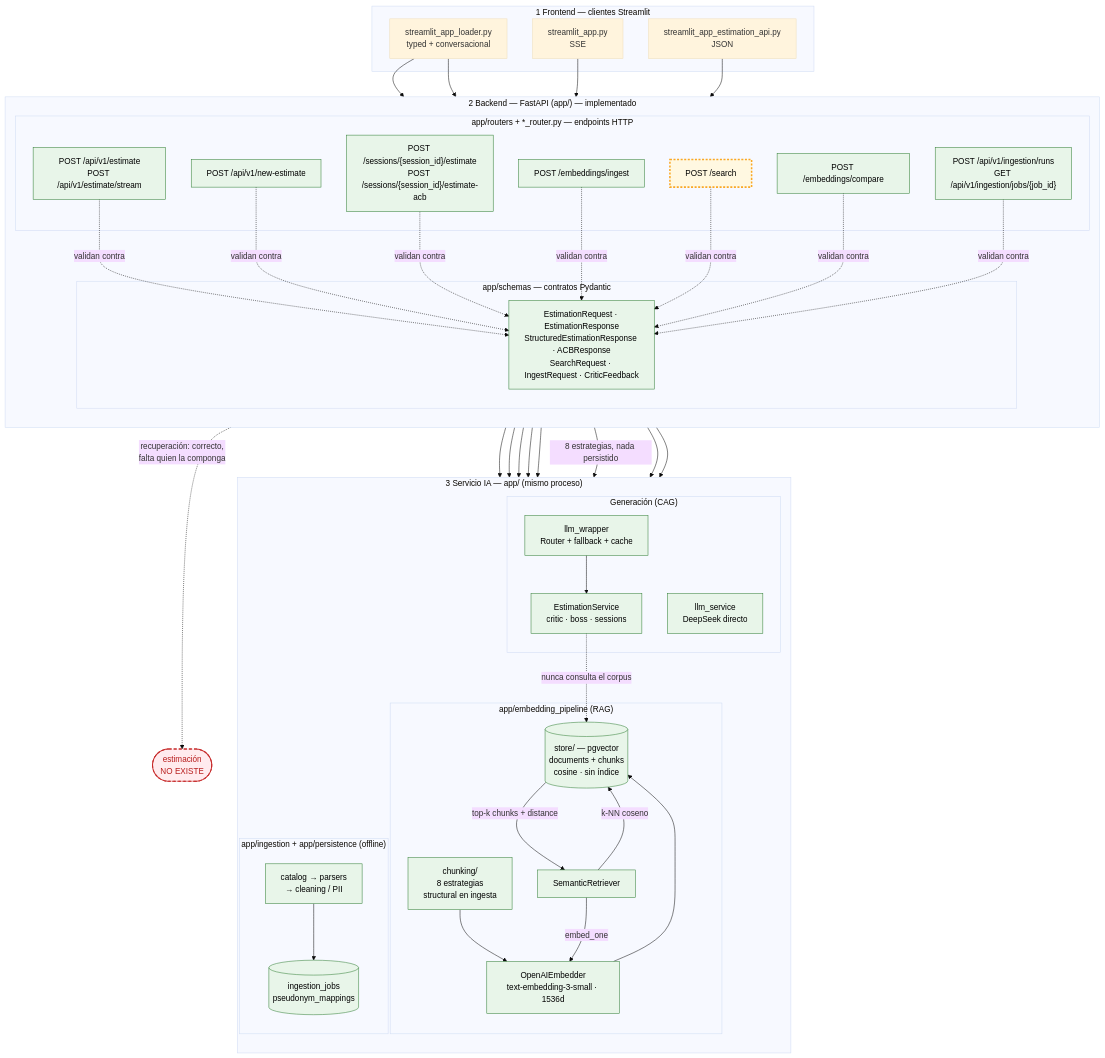
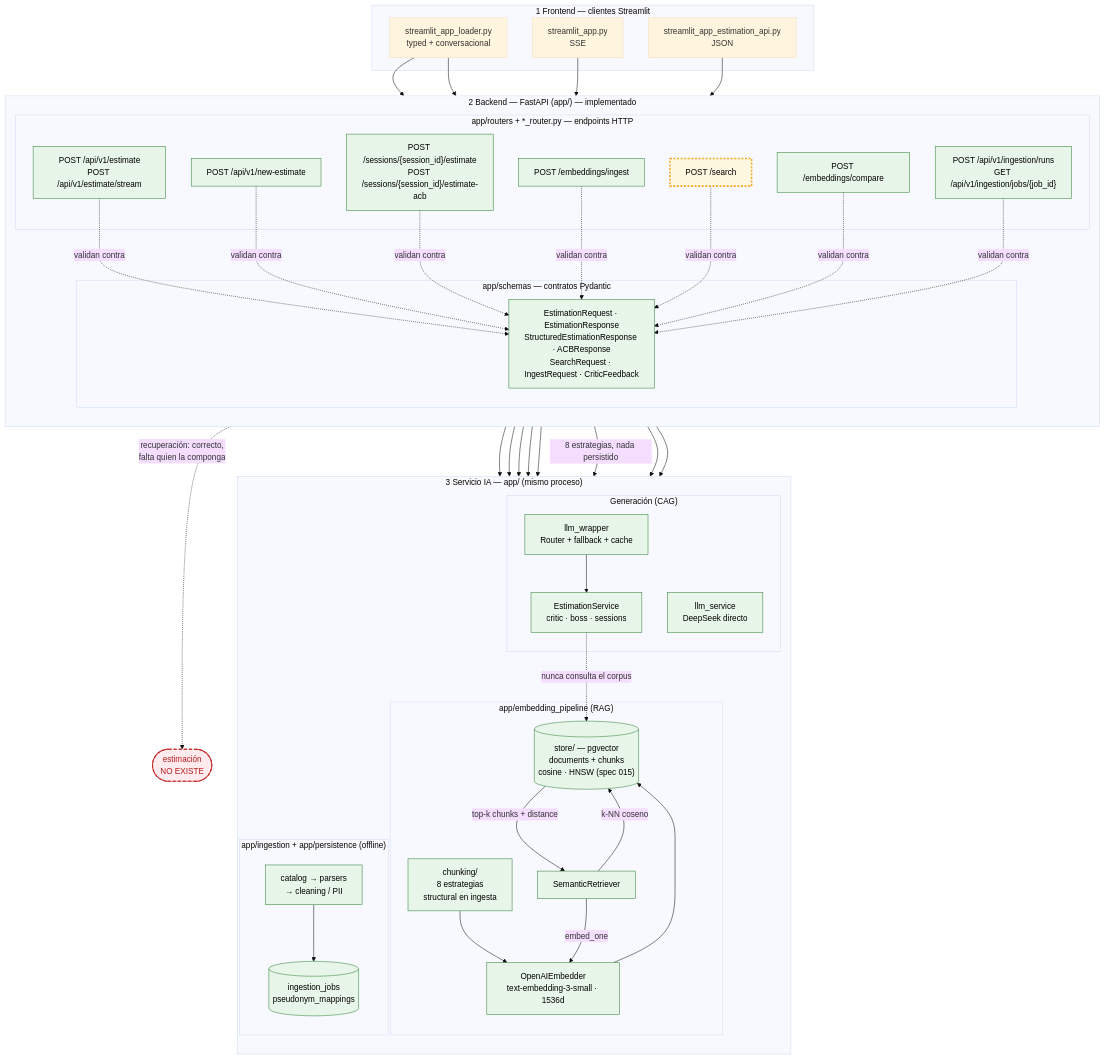
The first of 2 diagrams in arquitectura-actual.md (RoyFlo360/master_ai_engineering_lidr), drawn with Mermaid (base theme) before and after one commit. The commit also changed other lines of this file, not shown here.

````diff
--- a/arquitectura-actual.md
+++ b/arquitectura-actual.md
@@ -41,78 +52,78 @@
 ```mermaid
 flowchart TB
     subgraph T1["1 Frontend — clientes Streamlit"]
         L["streamlit_app_loader.py<br/>typed + conversacional"]
         S["streamlit_app.py<br/>SSE"]
         E["streamlit_app_estimation_api.py<br/>JSON"]
     end
 
     subgraph T2["2 Backend — FastAPI (app/) — implementado"]
         direction TB
 
         subgraph ROUTES["app/routers + *_router.py — endpoints HTTP"]
             R1["POST /api/v1/estimate<br/>POST /api/v1/estimate/stream"]
             R2["POST /api/v1/new-estimate"]
             R3["POST /sessions/{session_id}/estimate<br/>POST /sessions/{session_id}/estimate-acb"]
             R4["POST /embeddings/ingest"]
             R5["POST /search"]
             R6["POST /embeddings/compare"]
             R7["POST /api/v1/ingestion/runs<br/>GET /api/v1/ingestion/jobs/{job_id}"]
         end
 
         subgraph SCHEMAS["app/schemas — contratos Pydantic"]
             SCH["EstimationRequest · EstimationResponse<br/>StructuredEstimationResponse · ACBResponse<br/>SearchRequest · IngestRequest · CriticFeedback"]
         end
 
         R1 & R2 & R3 & R4 & R5 & R6 & R7 -.->|"validan contra"| SCH
     end
 
     subgraph T3["3 Servicio IA — app/ (mismo proceso)"]
         direction TB
 
         subgraph GEN["Generación (CAG)"]
             LS["llm_service<br/>DeepSeek directo"]
             LW["llm_wrapper<br/>Router + fallback + cache"]
             ES["EstimationService<br/>critic · boss · sessions"]
         end
 
         subgraph RAG["app/embedding_pipeline (RAG)"]
             CH["chunking/<br/>8 estrategias<br/>structural en ingesta"]
             EM["OpenAIEmbedder<br/>text-embedding-3-small · 1536d"]
-            ST[("store/ — pgvector<br/>documents + chunks<br/>cosine · sin índice")]
+            ST[("store/ — pgvector<br/>documents + chunks<br/>cosine · HNSW (spec 015)")]
             RT["SemanticRetriever"]
         end
 
         subgraph ING["app/ingestion + app/persistence (offline)"]
             CAT["catalog → parsers<br/>→ cleaning / PII"]
             DB[("ingestion_jobs<br/>pseudonym_mappings")]
         end
     end
 
     L --> R2
     L --> R3
     S --> R1
     E --> R1
 
     R1 --> LS
     R1 --> LW
     R2 --> LW --> ES
     R3 --> ES
     R4 --> CH --> EM --> ST
     R6 -->|"8 estrategias, nada persistido"| CH
     R5 --> RT
     RT -->|embed_one| EM
     RT -->|"k-NN coseno"| ST
     ST -->|"top-k chunks + distance"| RT
     R7 --> CAT --> DB
 
     R5 -. "recuperación: correcto,<br/>falta quien la componga" .-> X(["estimación<br/>NO EXISTE"])
     ES -. "nunca consulta el corpus" .-> ST
 
     classDef done fill:#e8f5e9,stroke:#2e7d32,stroke-width:1px,color:#000000;
     classDef edge fill:#fff8e1,stroke:#f9a825,stroke-width:3px,stroke-dasharray:4 3,color:#000000;
     classDef missing fill:#ffebee,stroke:#c62828,stroke-width:2px,stroke-dasharray:6 4,color:#b71c1c;
 
     class CH,EM,ST,RT,LS,LW,ES,CAT,DB,R1,R2,R3,R4,R6,R7,SCH done;
     class R5 edge;
     class X missing;
 ```
````
